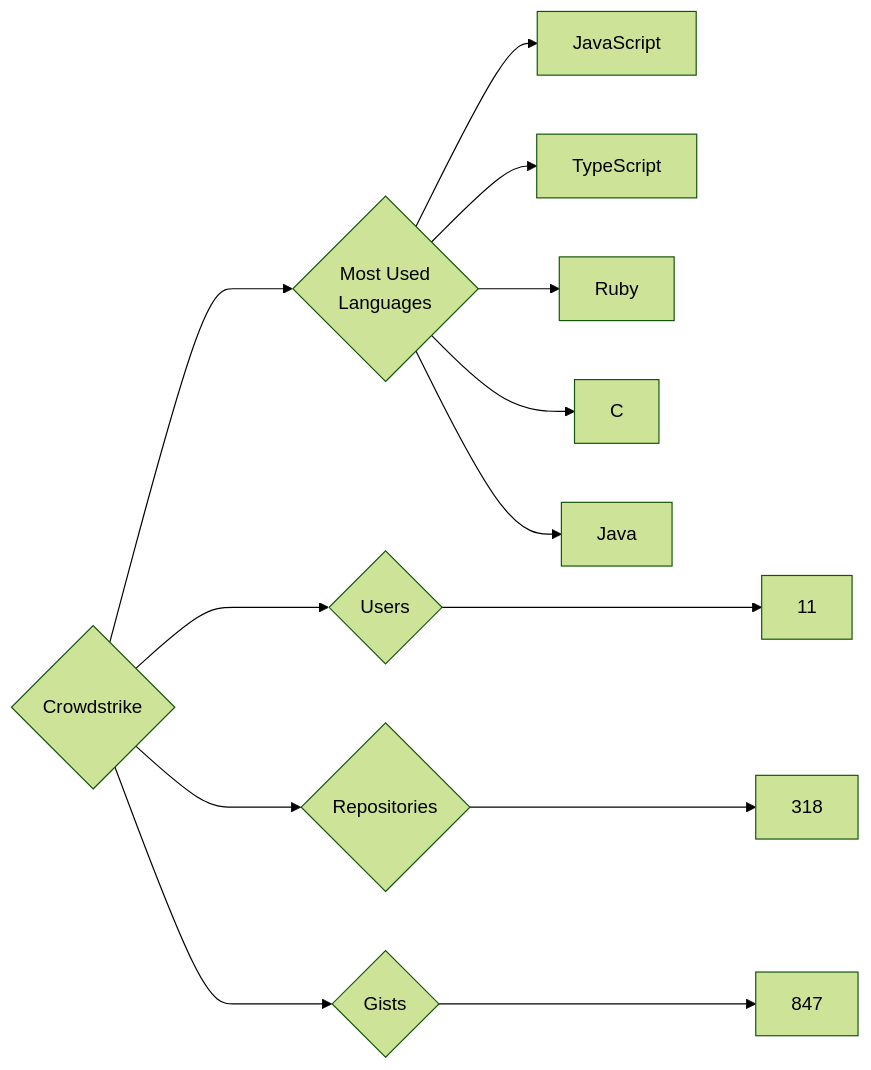
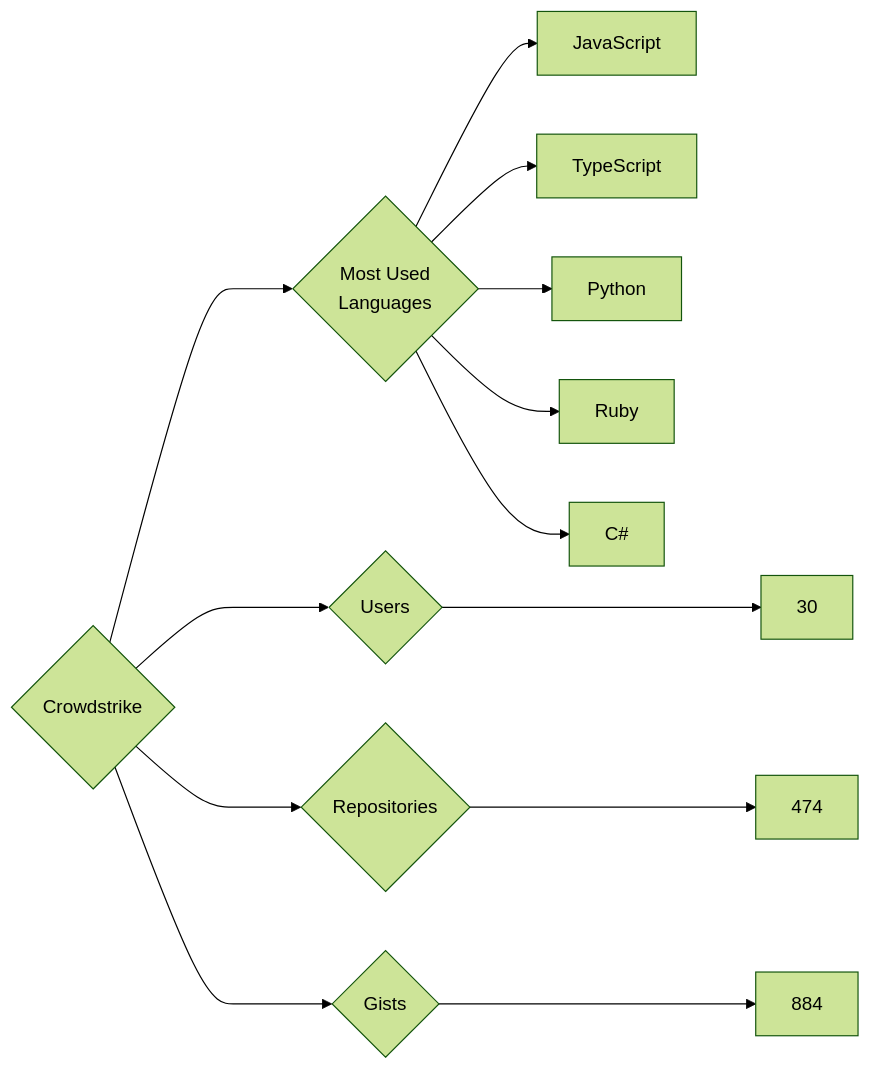
The diagram in targets/Crowdstrike/README.md (trickest/insiders), drawn with Mermaid (forest theme) before and after one commit. The commit also changed 720 other files, not shown here.

````diff
--- a/targets/Crowdstrike/README.md
+++ b/targets/Crowdstrike/README.md
@@ -3,13 +3,13 @@
 ```mermaid
 graph LR
 COMPANY_NAME{Crowdstrike}
-COMPANY_NAME ---> U{Users} ---> UN[11]
-COMPANY_NAME ---> R{Repositories} ---> RN[318]
-COMPANY_NAME ---> G{Gists} ---> GN[847]
+COMPANY_NAME ---> U{Users} ---> UN[30]
+COMPANY_NAME ---> R{Repositories} ---> RN[474]
+COMPANY_NAME ---> G{Gists} ---> GN[884]
 COMPANY_NAME ---> ML{Most Used<br>Languages}
 ML --> JavaScript[JavaScript]
 ML --> TypeScript[TypeScript]
+ML --> Python[Python]
 ML --> Ruby[Ruby]
-ML --> C[C]
-ML --> Java[Java]
+ML --> C#[C#]
 ```
````
